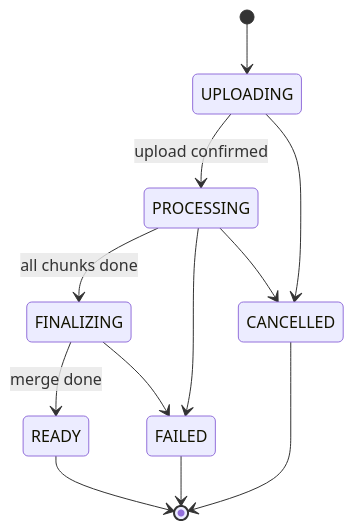
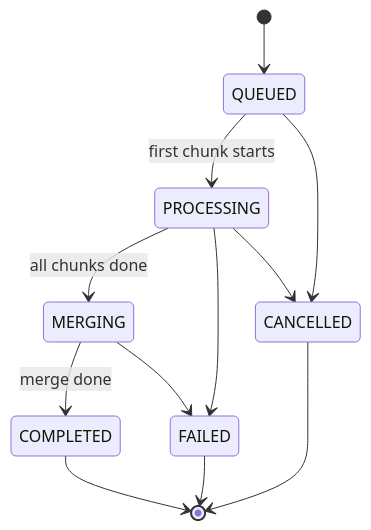
One commit to JianoFreo/InfiniteFlow_AI changed the fourth of 4 diagrams in README.md. Above: the diagram before and after it, drawn with Mermaid. The commit also changed other lines of this file and 77 other files, not shown here.

````diff
--- a/README.md
+++ b/README.md
@@ -254,14 +174,14 @@
 ```mermaid
 stateDiagram-v2
-    [*] --> UPLOADING
-    UPLOADING --> PROCESSING: upload confirmed
-    PROCESSING --> FINALIZING: all chunks done
-    FINALIZING --> READY: merge done
+    [*] --> QUEUED
+    QUEUED --> PROCESSING: first chunk starts
+    PROCESSING --> MERGING: all chunks done
+    MERGING --> COMPLETED: merge done
     PROCESSING --> FAILED
-    FINALIZING --> FAILED
-    UPLOADING --> CANCELLED
+    MERGING --> FAILED
+    QUEUED --> CANCELLED
     PROCESSING --> CANCELLED
-    READY --> [*]
+    COMPLETED --> [*]
     FAILED --> [*]
     CANCELLED --> [*]
 ```
````
